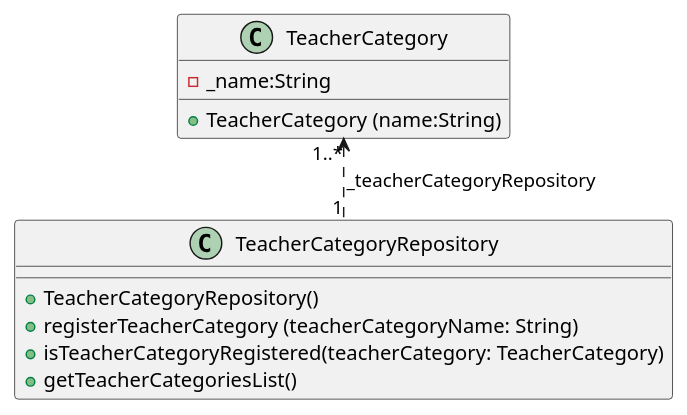
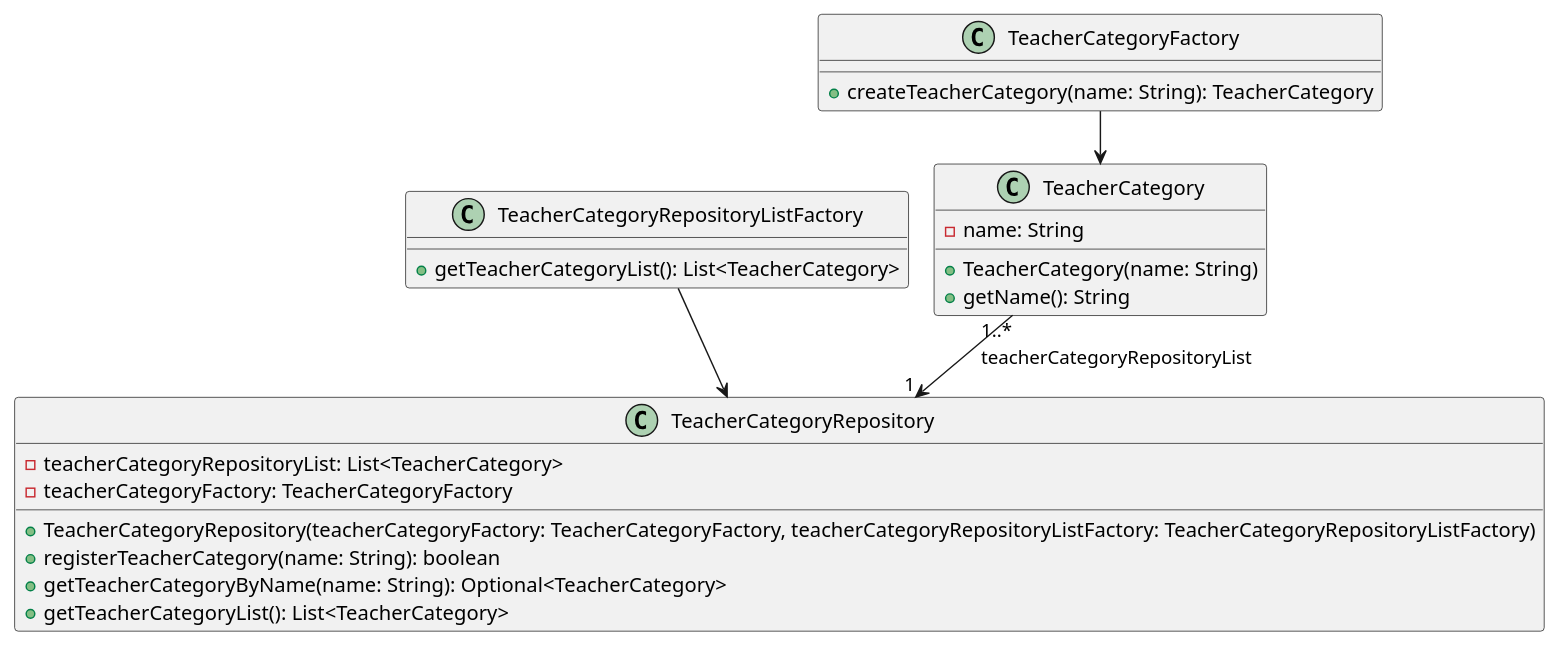
One commit to GasparISEP/DevOps-PAI changed the diagram in docs/US01/US01_ConfigureTeacherCategoryInSystem_ClassDiagram.puml. Above: the diagram before and after it, drawn with PlantUML.

```diff
--- a/docs/US01/US01_ConfigureTeacherCategoryInSystem_ClassDiagram.puml
+++ b/docs/US01/US01_ConfigureTeacherCategoryInSystem_ClassDiagram.puml
@@ -3,18 +1,31 @@
 @startuml
 !pragma layout smetana
 
 class TeacherCategory {
-    -_name:String
-    + TeacherCategory (name:String)
+    - name: String
+    + TeacherCategory(name: String)
+    + getName(): String
+}
+
+class TeacherCategoryFactory {
+    + createTeacherCategory(name: String): TeacherCategory
 }
 
 class TeacherCategoryRepository {
-    +TeacherCategoryRepository()
-    +registerTeacherCategory (teacherCategoryName: String)
-    +isTeacherCategoryRegistered(teacherCategory: TeacherCategory)
-    +getTeacherCategoriesList()
+    - teacherCategoryRepositoryList: List<TeacherCategory>
+    - teacherCategoryFactory: TeacherCategoryFactory
+    + TeacherCategoryRepository(teacherCategoryFactory: TeacherCategoryFactory, teacherCategoryRepositoryListFactory: TeacherCategoryRepositoryListFactory)
+    + registerTeacherCategory(name: String): boolean
+    + getTeacherCategoryByName(name: String): Optional<TeacherCategory>
+    + getTeacherCategoryList(): List<TeacherCategory>
 }
 
-TeacherCategory "1..*" <.. "1" TeacherCategoryRepository: _teacherCategoryRepository
+class TeacherCategoryRepositoryListFactory {
+    + getTeacherCategoryList(): List<TeacherCategory>
+}
+
+TeacherCategoryFactory --> TeacherCategory
+TeacherCategoryRepositoryListFactory --> TeacherCategoryRepository
+TeacherCategory "1..*" --> "1" TeacherCategoryRepository: teacherCategoryRepositoryList
 
 @enduml
```
